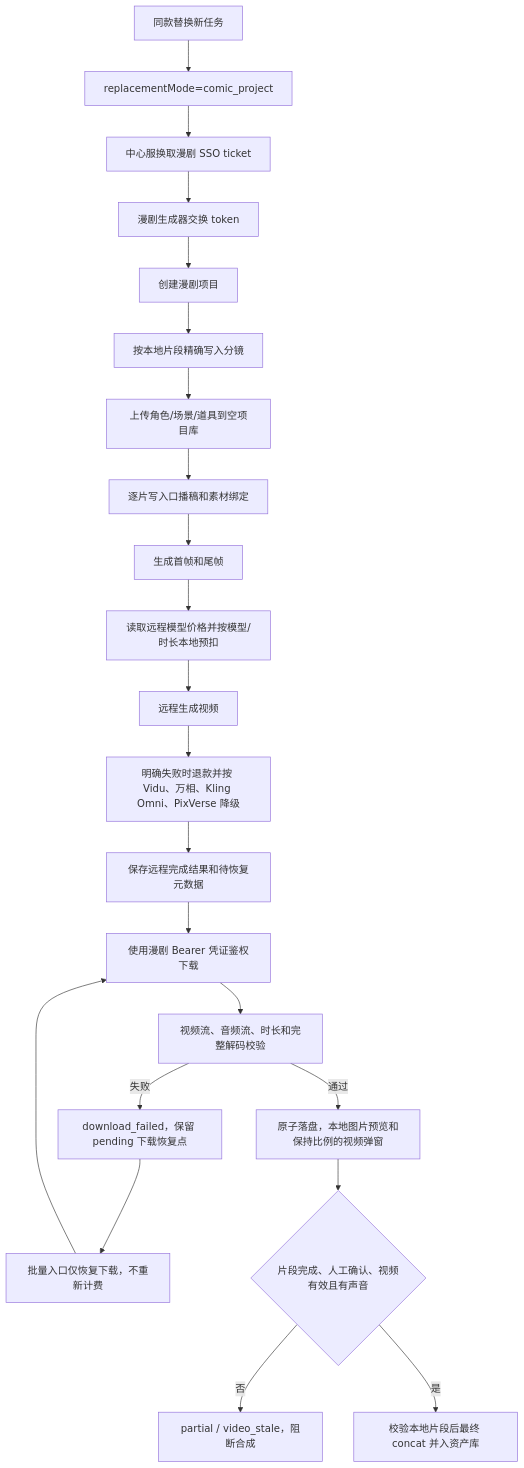
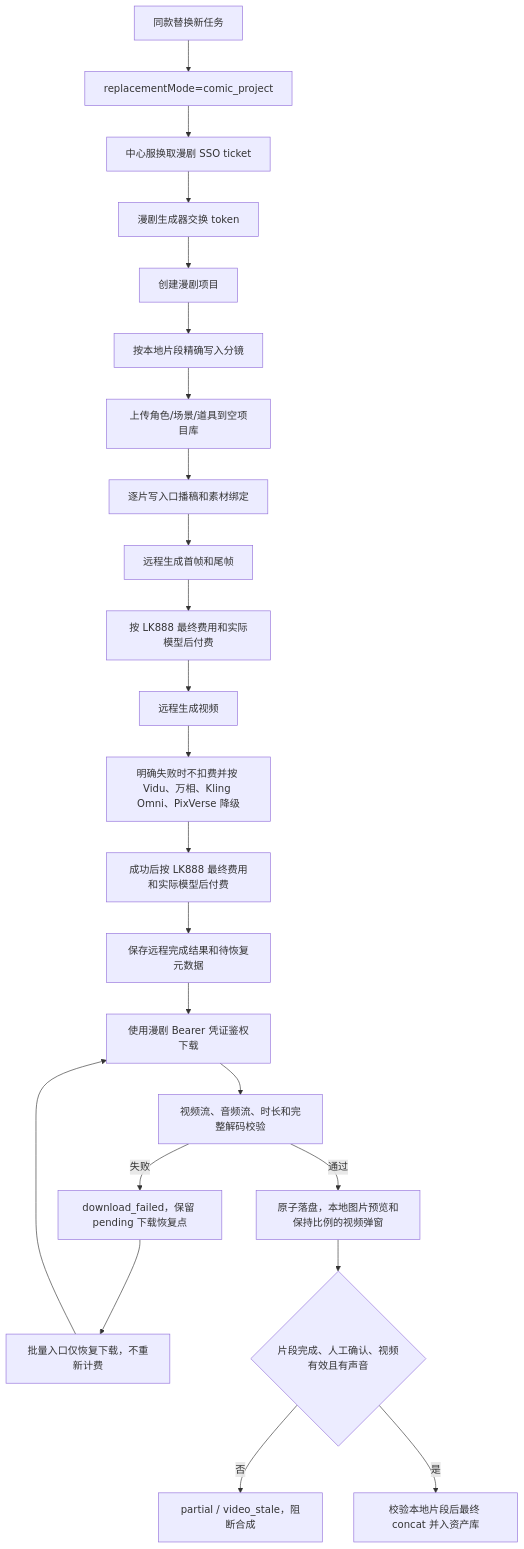
One commit to ziyou-1/matrixship changed the fourth of 4 diagrams in docs/ARCHITECTURE.md. Above: the diagram before and after it, drawn with Mermaid. The commit also changed other lines of this file and 93 other files, not shown here.

````diff
--- a/docs/ARCHITECTURE.md
+++ b/docs/ARCHITECTURE.md
@@ -153,24 +194,25 @@
 ```mermaid
 flowchart TD
     A["同款替换新任务"] --> B["replacementMode=comic_project"]
     B --> C["中心服换取漫剧 SSO ticket"]
     C --> D["漫剧生成器交换 token"]
     D --> E["创建漫剧项目"]
     E --> F["按本地片段精确写入分镜"]
     F --> G["上传角色/场景/道具到空项目库"]
     G --> H["逐片写入口播稿和素材绑定"]
-    H --> I["生成首帧和尾帧"]
-    I --> J0["读取远程模型价格并按模型/时长本地预扣"]
+    H --> I["远程生成首帧和尾帧"]
+    I --> J0["按 LK888 最终费用和实际模型后付费"]
     J0 --> J["远程生成视频"]
-    J --> K["明确失败时退款并按 Vidu、万相、Kling Omni、PixVerse 降级"]
-    K --> L["保存远程完成结果和待恢复元数据"]
+    J --> K["明确失败时不扣费并按 Vidu、万相、Kling Omni、PixVerse 降级"]
+    K --> K0["成功后按 LK888 最终费用和实际模型后付费"]
+    K0 --> L["保存远程完成结果和待恢复元数据"]
     L --> M["使用漫剧 Bearer 凭证鉴权下载"]
     M --> N["视频流、音频流、时长和完整解码校验"]
     N -->|"失败"| O["download_failed，保留 pending 下载恢复点"]
     N -->|"通过"| P["原子落盘，本地图片预览和保持比例的视频弹窗"]
     O --> Q["批量入口仅恢复下载，不重新计费"]
     Q --> M
     P --> R{"片段完成、人工确认、视频有效且有声音"}
     R -->|"否"| S["partial / video_stale，阻断合成"]
     R -->|"是"| T["校验本地片段后最终 concat 并入资产库"]
 ```
````
